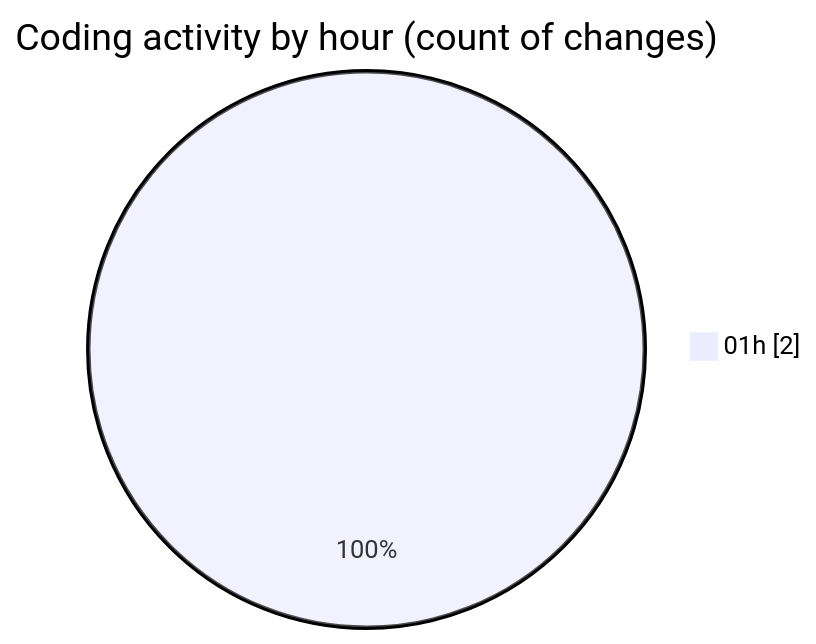
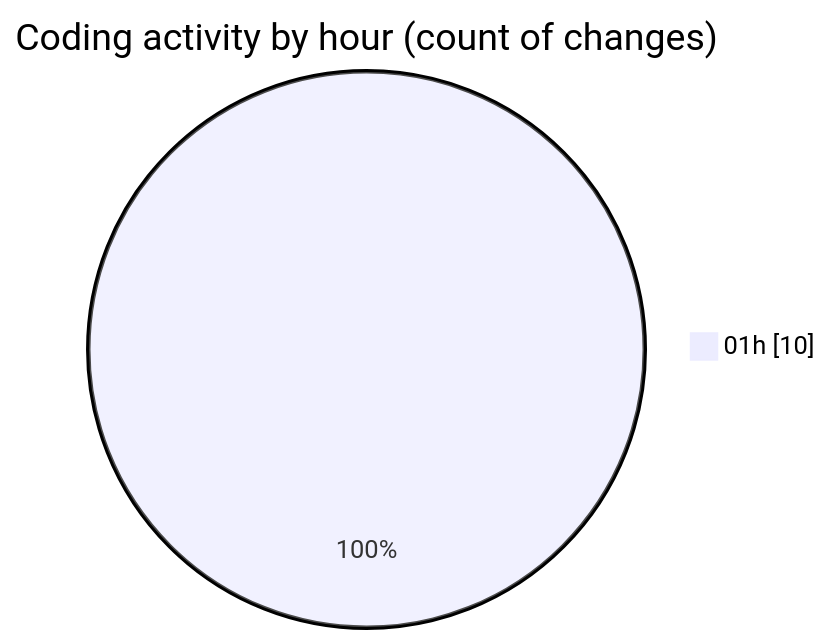
Before and after one commit to charlie-sans/code-tracking: the second of 2 diagrams in 2025-03-19/sharpmasm/README.md, drawn with Mermaid. The commit also changed other lines of this file and 1 other file, not shown here.

````diff
--- a/2025-03-19/sharpmasm/README.md
+++ b/2025-03-19/sharpmasm/README.md
@@ -29,5 +29,5 @@
 ```mermaid
 pie showData
 title Coding activity by hour (count of changes)
-"01h" : 2
+"01h" : 10
 ```
````
